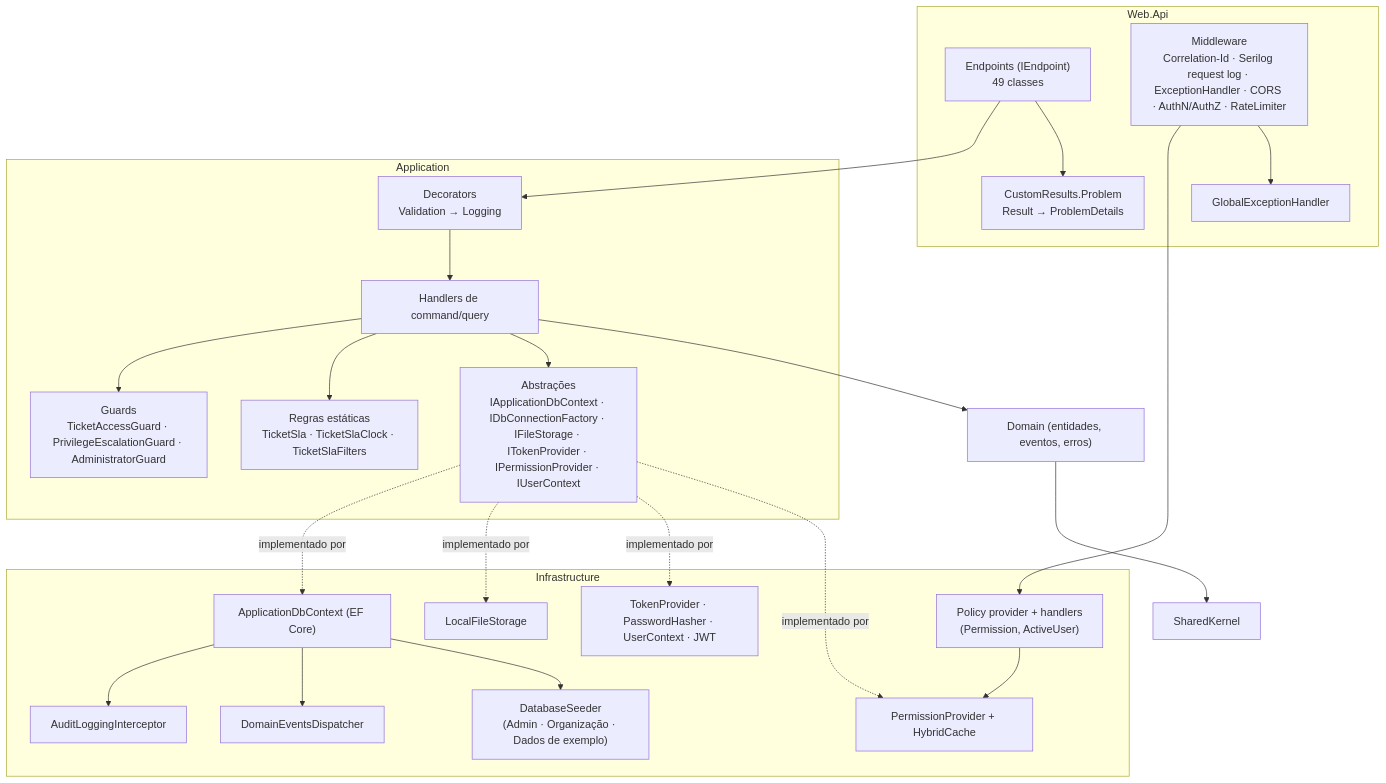
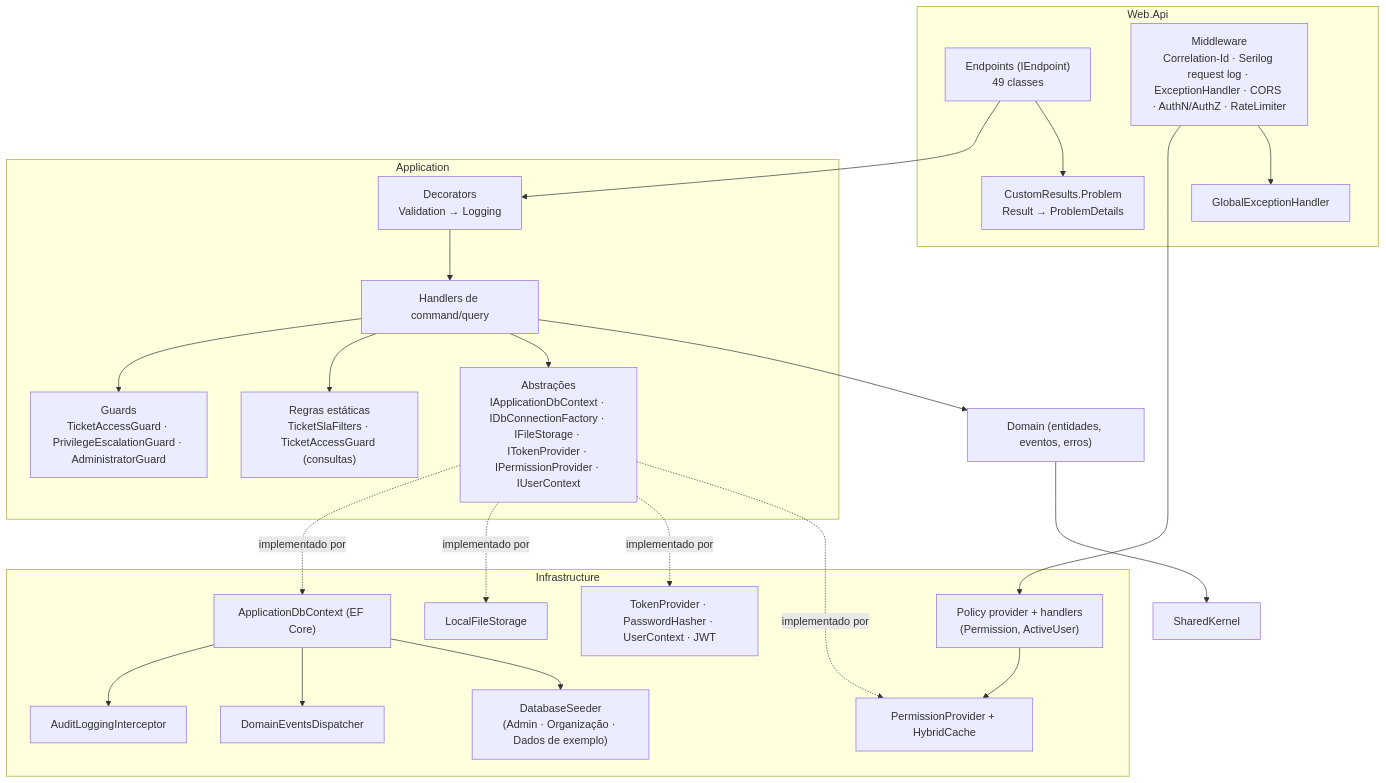
The fourth of 7 diagrams in SYSTEM_SPECIFICATION.md (rafaelps15/tickest-pristine), drawn with Mermaid before and after one commit. The commit also changed other lines of this file and 108 other files, not shown here.

First line of the commit message:
refactor(tickets): regras estáticas do chamado no domínio rico, interceptor único de eventos e calendário útil no Domain [SPEC-041]

````diff
--- a/SYSTEM_SPECIFICATION.md
+++ b/SYSTEM_SPECIFICATION.md
@@ -309,39 +309,39 @@
 ```mermaid
 flowchart TB
     subgraph WebApi["Web.Api"]
         EP["Endpoints (IEndpoint)<br/>49 classes"]
         MW["Middleware<br/>Correlation-Id · Serilog request log · ExceptionHandler · CORS · AuthN/AuthZ · RateLimiter"]
         CR["CustomResults.Problem<br/>Result → ProblemDetails"]
         GEH["GlobalExceptionHandler"]
     end
     subgraph App["Application"]
         DEC["Decorators<br/>Validation → Logging"]
         H["Handlers de command/query"]
         G["Guards<br/>TicketAccessGuard · PrivilegeEscalationGuard · AdministratorGuard"]
-        R["Regras estáticas<br/>TicketSla · TicketSlaClock · TicketSlaFilters"]
+        R["Regras estáticas<br/>TicketSlaFilters · TicketAccessGuard (consultas)"]
         ABS["Abstrações<br/>IApplicationDbContext · IDbConnectionFactory · IFileStorage · ITokenProvider · IPermissionProvider · IUserContext"]
     end
     subgraph Infra["Infrastructure"]
         DB["ApplicationDbContext (EF Core)"]
         AUD["AuditLoggingInterceptor"]
         DISP["DomainEventsDispatcher"]
         PP["PermissionProvider + HybridCache"]
         AUTH["TokenProvider · PasswordHasher · UserContext · JWT"]
         AZ["Policy provider + handlers<br/>(Permission, ActiveUser)"]
         ST["LocalFileStorage"]
         SEED["DatabaseSeeder<br/>(Admin · Organização · Dados de exemplo)"]
     end
     Dom["Domain (entidades, eventos, erros)"]
     SK["SharedKernel"]
 
     EP --> DEC --> H
     H --> G & R & ABS
     MW --> AZ --> PP
     ABS -.implementado por.-> DB & ST & AUTH & PP
     DB --> AUD
     DB --> DISP
     DB --> SEED
     H --> Dom --> SK
     EP --> CR
     MW --> GEH
 ```
````
